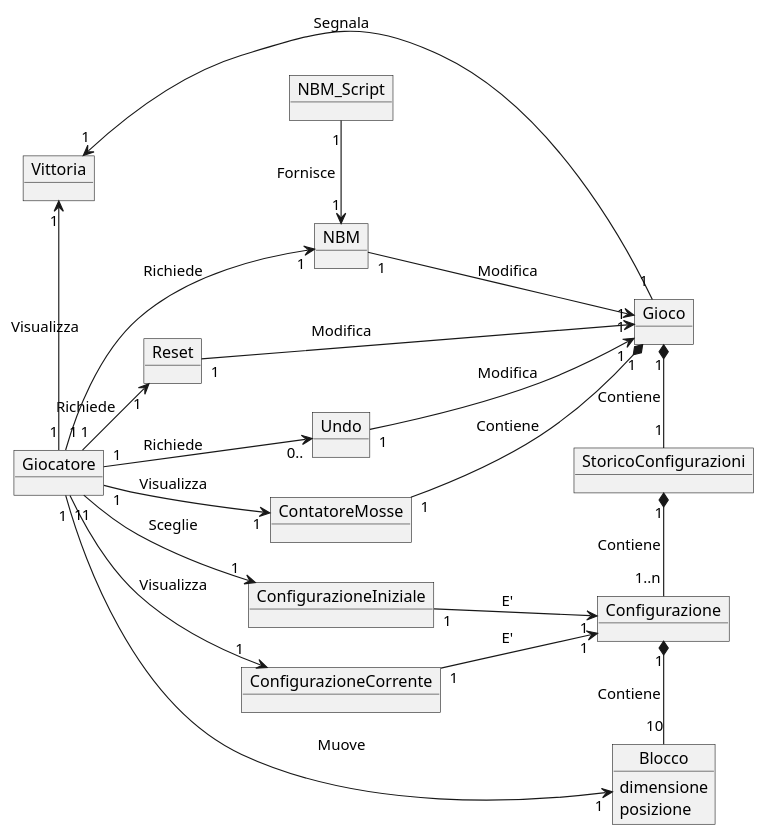
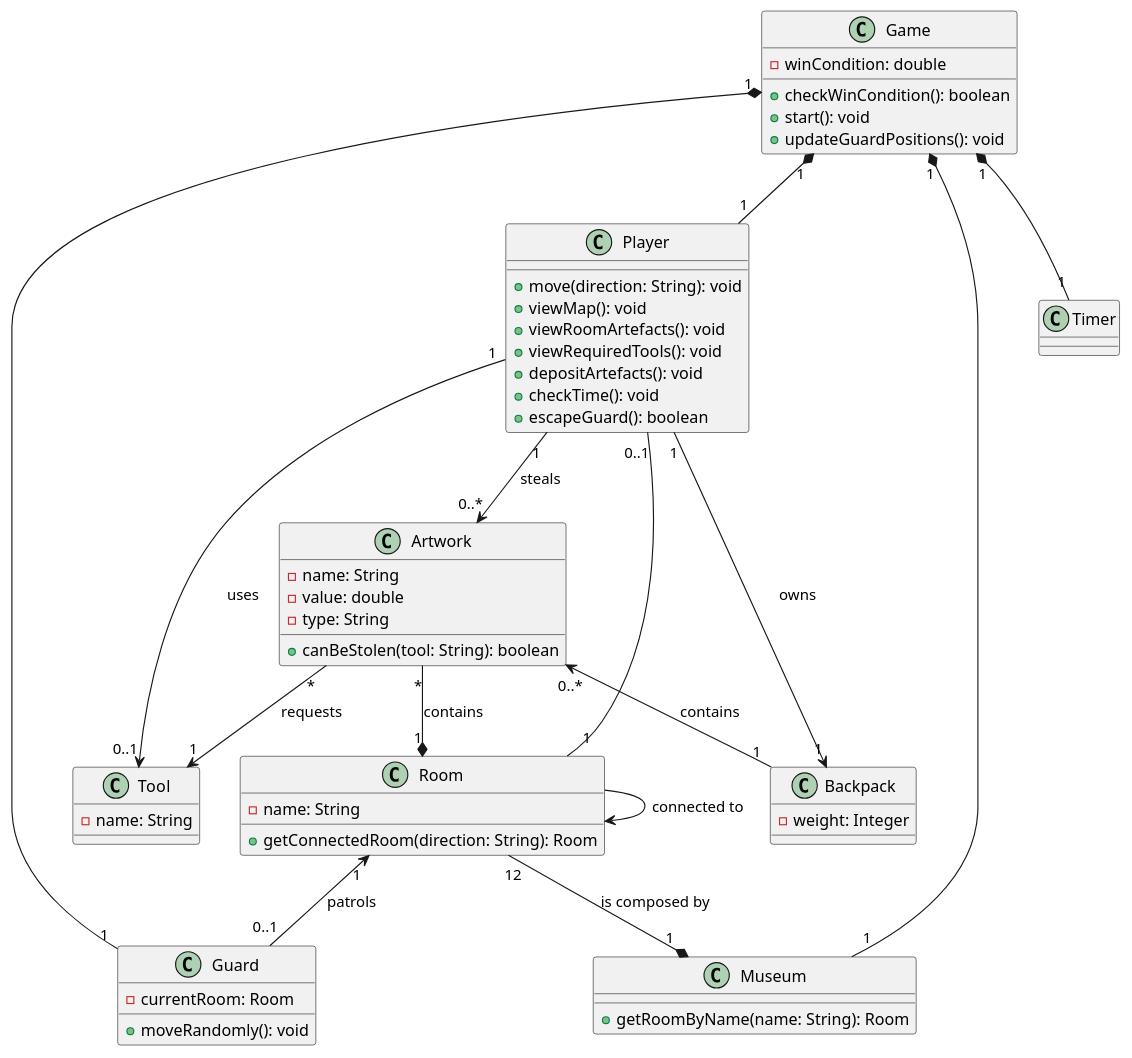
One commit to marchettialessio/gastronomia_team14 changed the diagram in domain_model.md. Above: the diagram before and after it, drawn with PlantUML. The commit also changed other lines of this file, not shown here.

```diff
--- a/domain_model.md
+++ b/domain_model.md
@@ -2,61 +1,60 @@
-@startuml prova
-
-left to right direction
-object Giocatore
-object Configurazione
-
-object Blocco{
-  dimensione
-  posizione
+@startuml
+class Game {
+    - winCondition: double
+    + checkWinCondition(): boolean
+    + start(): void
+    + updateGuardPositions(): void
+}
+class Player {
+    + move(direction: String): void
+    + viewMap(): void
+    + viewRoomArtefacts(): void
+    + viewRequiredTools(): void
+    + depositArtefacts(): void
+    + checkTime(): void
+    + escapeGuard(): boolean
+}
+class Room {
+    - name: String
+    + getConnectedRoom(direction: String): Room
+}
+class Guard{
+    - currentRoom: Room
+    + moveRandomly(): void
+}
+class Museum{
+    + getRoomByName(name: String): Room
+}
+class Tool{
+    - name: String
+}
+class Artwork{
+    - name: String
+    - value: double
+    - type: String
+    + canBeStolen(tool: String): boolean
+}
+class Timer{
+}
+class Backpack{
+    - weight: Integer
 }
 
-object Gioco
-object StoricoConfigurazioni
-object NBM_Script
-object NBM
-object Reset
-object Undo
-object ConfigurazioneIniziale
-object ConfigurazioneCorrente
-object ContatoreMosse
-object Vittoria
+Game "1" *-- "1" Player
+Game "1" *-- "1" Museum
+Game "1" *-- "1" Guard
+Game "1" *-- "1" Timer
+Player "1" --> "1" Backpack : owns
+Player "1" --> "0..1" Tool : uses
+Player "1" --> "0..*" Artwork : steals
+Player "0..1" -- "1" Room
+Artwork "*" --* "1" Room : contains
+Artwork "*" --> "1" Tool : requests
+Artwork "0..*" <-- "1" Backpack : contains
+Room --> Room : connected to 
+Room "1" <-- "0..1" Guard : patrols
+Room "12" --* "1" Museum : is composed by
 
-Giocatore "1" --> "1" ConfigurazioneIniziale : Sceglie
 
-ConfigurazioneIniziale "1" --> "1" Configurazione : E'
-
-Giocatore "1" --> "1" ConfigurazioneCorrente : Visualizza
-
-ConfigurazioneCorrente "1" --> "1" Configurazione : E'
-
-Giocatore "1" --> "1" Blocco : Muove
-
-Configurazione "1" *-right- "10" Blocco : \nContiene\n
-
-StoricoConfigurazioni "1" *-right- "1..n" Configurazione : \nContiene\n
-
-StoricoConfigurazioni "1" -left-* "1" Gioco : \nContiene\n
-
-NBM_Script "1" -right-> "1" NBM : \nFornisce\n
-
-Giocatore "1" -right-> "1" Reset : Richiede
-
-Giocatore "1" -left-> "1" Vittoria : Visualizza
-
-Gioco "1" --> "1" Vittoria : Segnala
-
-Giocatore "1" --> "0.." Undo : Richiede
-
-Giocatore "1" --> "1" NBM : Richiede
-
-NBM "1" -right-> "1" Gioco : Modifica
-
-Giocatore "1" --> "1" ContatoreMosse : Visualizza
-
-ContatoreMosse "1" -down-* "1" Gioco : Contiene
-
-Reset "1" -right-> "1" Gioco : Modifica
-
-Undo "1" --> "1" Gioco : Modifica
 
 @enduml
```
